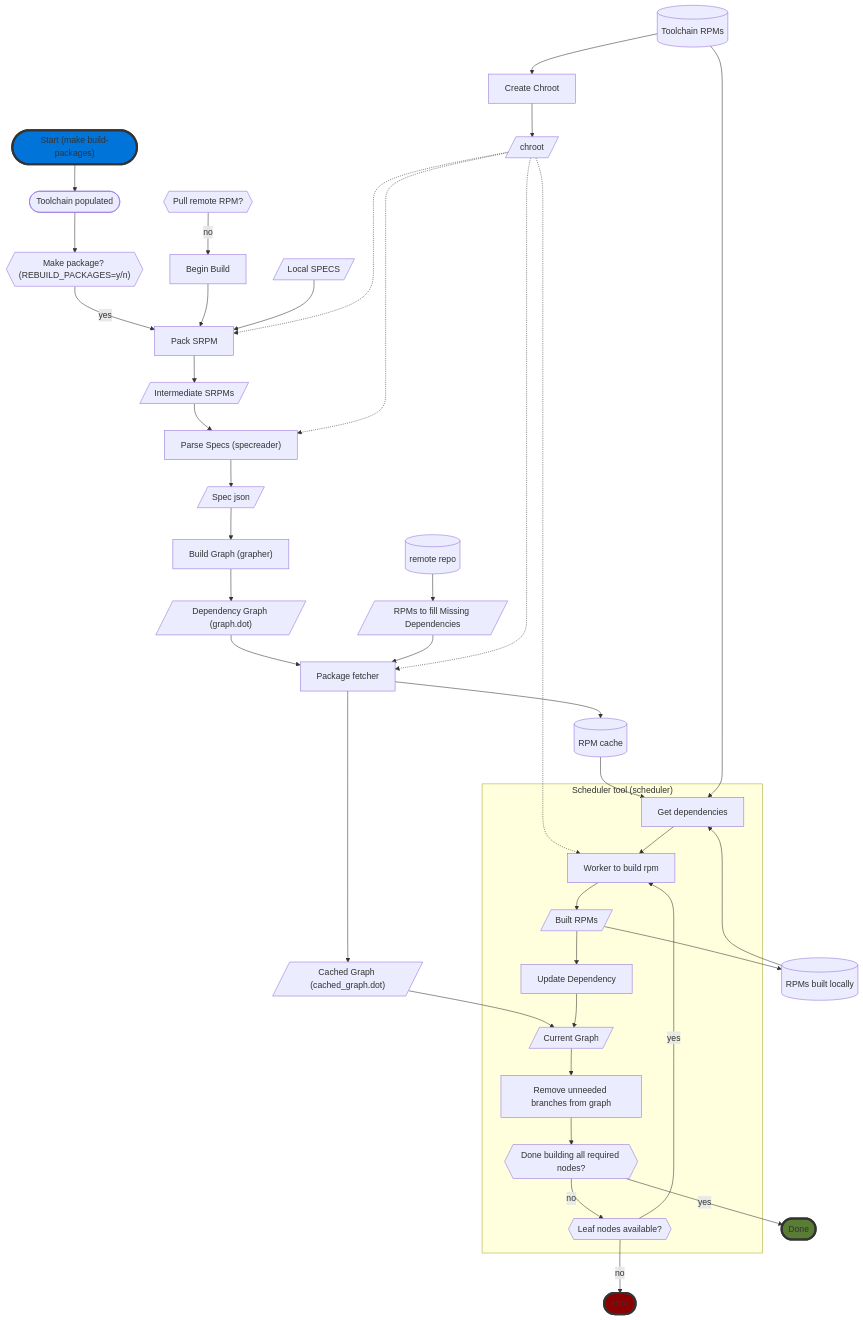
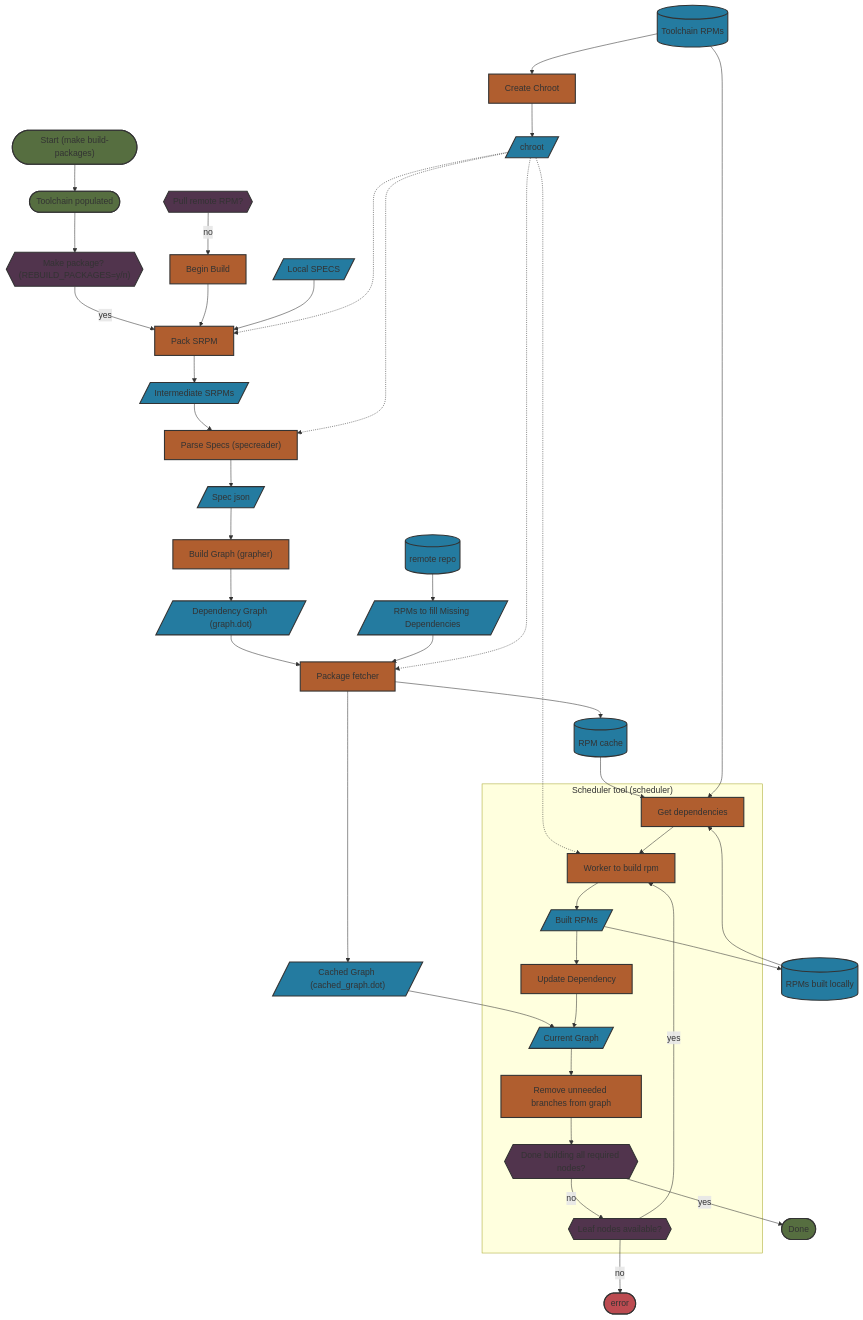
Before and after one commit to microsoft/azurelinux: the fifth of 6 diagrams in toolkit/docs/how_it_works/0_intro.md, drawn with Mermaid. The commit also changed other lines of this file, not shown here.

````diff
--- a/toolkit/docs/how_it_works/0_intro.md
+++ b/toolkit/docs/how_it_works/0_intro.md
@@ -125,35 +158,41 @@
 ```mermaid
 flowchart TD
-    start(["Start (make build-packages)"])
-    style done fill:#597D35,stroke:#333,stroke-width:4px
-    style start fill:#0074D9,stroke:#333,stroke-width:4px
-    style error fill:#8B0000,stroke:#333,stroke-width:4px
-%% Rpm nodes
-    tcPopulated([Toolchain populated])
-    localSpecs[/Local SPECS/]
-    buildPackage{{"Make package? (REBUILD_PACKAGES=y/n)"}}
-    remoteRPM{{Pull remote RPM?}}
-    tcRPMs[(Toolchain RPMs)]
-    createChroot[Create Chroot]
-    chroot[/chroot/]
-    iSRPMs[/Intermediate SRPMs/]
-    parse["Parse Specs (specreader) "]
-    specjson[/Spec json/]
-    buildGraph[" Build Graph (grapher) "]
-    depGraph[/"Dependency Graph (graph.dot)"/]
-    cacheGraph[/"Cached Graph (cached_graph.dot)"/]
-    
-    packSRPM[Pack SRPM]
-    beginBuild[Begin Build]
-    pkgFetcher[Package fetcher]
-    rpmCache[(RPM cache)]
-    remoteRepo[(remote repo)]
-    missingDep[/RPMs to fill Missing Dependencies/]
-    outRPMS[(RPMs built locally)]
-    error([error])
-    done([Done])
 
-%% Rpms flow
+    %% style definitions
+    classDef io fill:#247BA0,stroke:#333,stroke-width:2px;
+    classDef process fill:#B05E2F,stroke:#333,stroke-width:2px;
+    classDef decision fill:#51344D,stroke:#333,stroke-width:2px;
+    classDef goodState fill:#566E40,stroke:#333,stroke-width:2px;
+    classDef badState fill:#BC4B51,stroke:#333,stroke-width:2px;
+
+    %% state nodes
+    start(["Start (make build-packages)"]):::goodState
+    done([Done]):::goodState
+    error([error]):::badState
+
+    %% Rpm nodes
+    tcPopulated([Toolchain populated]):::goodState
+    localSpecs[/Local SPECS/]:::io
+    buildPackage{{"Make package? (REBUILD_PACKAGES=y/n)"}}:::decision
+    remoteRPM{{Pull remote RPM?}}:::decision
+    tcRPMs[(Toolchain RPMs)]:::io
+    createChroot[Create Chroot]:::process
+    chroot[/chroot/]:::io
+    iSRPMs[/Intermediate SRPMs/]:::io
+    parse["Parse Specs (specreader)"]:::process
+    specjson[/Spec json/]:::io
+    buildGraph[" Build Graph (grapher) "]:::process
+    depGraph[/"Dependency Graph (graph.dot)"/]:::io
+    cacheGraph[/"Cached Graph (cached_graph.dot)"/]:::io
+    packSRPM[Pack SRPM]:::process
+    beginBuild[Begin Build]:::process
+    pkgFetcher[Package fetcher]:::process
+    rpmCache[(RPM cache)]:::io
+    remoteRepo[(remote repo)]:::io
+    missingDep[/RPMs to fill Missing Dependencies/]:::io
+    outRPMS[(RPMs built locally)]:::io
+
+    %% Rpms flow
     start --> tcPopulated
     tcPopulated --> buildPackage
     buildPackage -->|yes|packSRPM
@@ -170,13 +209,11 @@
     missingDep-->pkgFetcher
     pkgFetcher-->rpmCache
     pkgFetcher-->cacheGraph
-
     createChroot-->chroot
     tcRPMs-->createChroot
     chroot-...->packSRPM
     chroot-...->parse
     chroot-...->pkgFetcher
-    
     rpmCache-->getDeps
     tcRPMs-->getDeps
     chroot-...->worker
@@ -186,26 +223,28 @@
     leafNodesAvail-->|no|error
     cacheGraph-->currentGraph
 
-%% Subgraph for scheduler
-    subgraph sched ["Scheduler tool (scheduler)"]
-    currentGraph[/Current Graph/]
-    trim[Remove unneeded branches from graph]
-    doneBuild{{Done building all required nodes?}} 
-    leafNodesAvail{{Leaf nodes available?}}
-    worker[Worker to build rpm]
-    builtRPMs[/Built RPMs/]
-    updateDeps[Update Dependency]
-    getDeps[Get dependencies]
+    %% Subgraph for scheduler
+        %% scheduler nodes
+        subgraph sched ["Scheduler tool (scheduler)"]
+        currentGraph[/Current Graph/]:::io
+        trim[Remove unneeded branches from graph]:::process
+        doneBuild{{Done building all required nodes?}}:::decision 
+        leafNodesAvail{{Leaf nodes available?}}:::decision
+        worker[Worker to build rpm]:::process
+        builtRPMs[/Built RPMs/]:::io
+        updateDeps[Update Dependency]:::process
+        getDeps[Get dependencies]:::process
 
-    currentGraph-->trim
-    trim-->doneBuild
-    doneBuild-->|no|leafNodesAvail
-    leafNodesAvail-->|yes|worker
+        %% scheduler flow
+        currentGraph-->trim
+        trim-->doneBuild
+        doneBuild-->|no|leafNodesAvail
+        leafNodesAvail-->|yes|worker
+        builtRPMs-->updateDeps
+        updateDeps-->currentGraph
+        getDeps-->worker
+        worker-->builtRPMs
 
-    builtRPMs-->updateDeps
-    updateDeps-->currentGraph
-    getDeps-->worker
-    worker-->builtRPMs
-    end
-%% end of scheduler
+        end
+    %% end of scheduler
 ```
````
